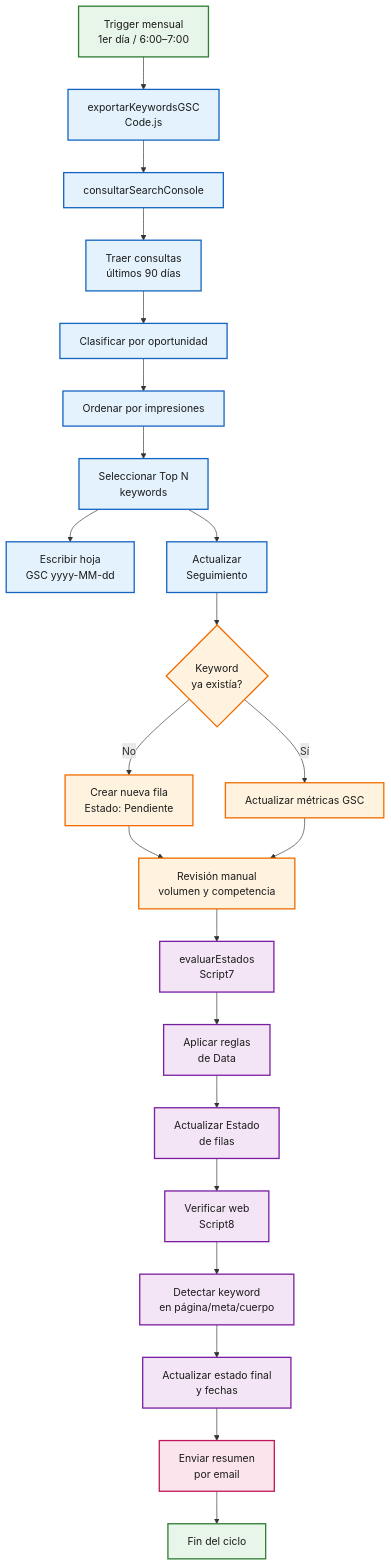
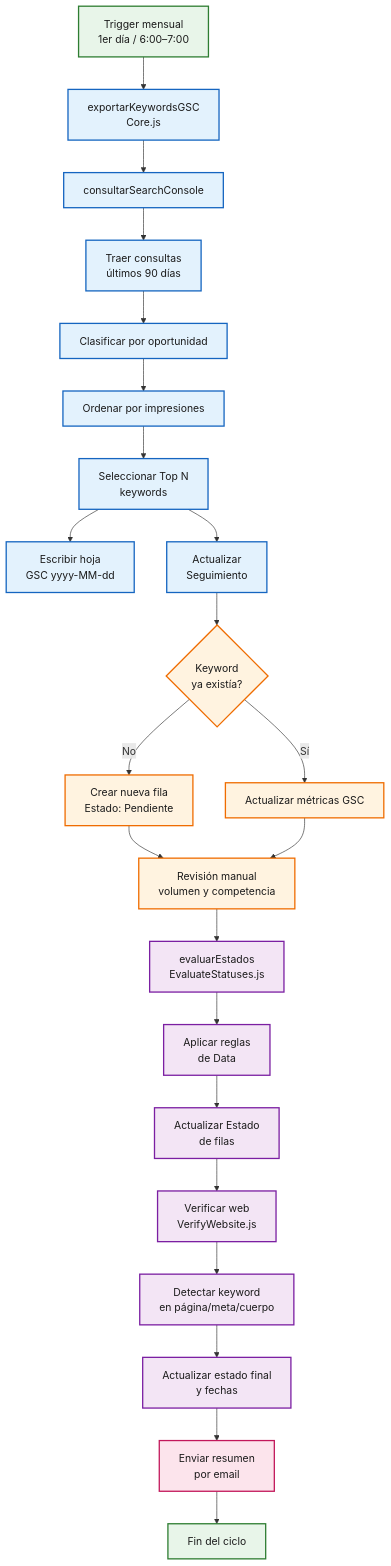
One commit to yadenispinero/keywords-gsc changed the second of 2 diagrams in ARQUITECTURA_DIAGRAMAS.md. Above: the diagram before and after it, drawn with Mermaid. The commit also changed other lines of this file and 9 other files, not shown here.

````diff
--- a/ARQUITECTURA_DIAGRAMAS.md
+++ b/ARQUITECTURA_DIAGRAMAS.md
@@ -69,52 +69,52 @@
 ```mermaid
 flowchart TD
     classDef trigger fill:#E8F5E9,stroke:#2E7D32,stroke-width:2px,color:#1B1B1B
     classDef core fill:#E3F2FD,stroke:#1565C0,stroke-width:2px,color:#1B1B1B
     classDef manual fill:#FFF3E0,stroke:#EF6C00,stroke-width:2px,color:#1B1B1B
     classDef eval fill:#F3E5F5,stroke:#7B1FA2,stroke-width:2px,color:#1B1B1B
     classDef email fill:#FCE4EC,stroke:#C2185B,stroke-width:2px,color:#1B1B1B
 
     A["Trigger mensual<br/>1er día / 6:00–7:00"]:::trigger
-    B["exportarKeywordsGSC<br/>Code.js"]:::core
+    B["exportarKeywordsGSC<br/>Core.js"]:::core
     C["consultarSearchConsole"]:::core
     D["Traer consultas<br/>últimos 90 días"]:::core
     E["Clasificar por oportunidad"]:::core
     F["Ordenar por impresiones"]:::core
     G["Seleccionar Top N<br/>keywords"]:::core
     H["Escribir hoja<br/>GSC yyyy-MM-dd"]:::core
     I["Actualizar<br/>Seguimiento"]:::core
     J{Keyword<br/>ya existía?}:::manual
     K["Crear nueva fila<br/>Estado: Pendiente"]:::manual
     L["Actualizar métricas GSC"]:::manual
     M["Revisión manual<br/>volumen y competencia"]:::manual
-    N["evaluarEstados<br/>Script7"]:::eval
+    N["evaluarEstados<br/>EvaluateStatuses.js"]:::eval
     O["Aplicar reglas<br/>de Data"]:::eval
     P["Actualizar Estado<br/>de filas"]:::eval
-    Q["Verificar web<br/>Script8"]:::eval
+    Q["Verificar web<br/>VerifyWebsite.js"]:::eval
     R["Detectar keyword<br/>en página/meta/cuerpo"]:::eval
     S["Actualizar estado final<br/>y fechas"]:::eval
     T["Enviar resumen<br/>por email"]:::email
     U["Fin del ciclo"]:::trigger
 
     A --> B
     B --> C
     C --> D
     D --> E
     E --> F
     F --> G
     G --> H
     G --> I
     I --> J
     J -->|No| K
     J -->|Sí| L
     K --> M
     L --> M
     M --> N
     N --> O
     O --> P
     P --> Q
     Q --> R
     R --> S
     S --> T
     T --> U
 ```
````
